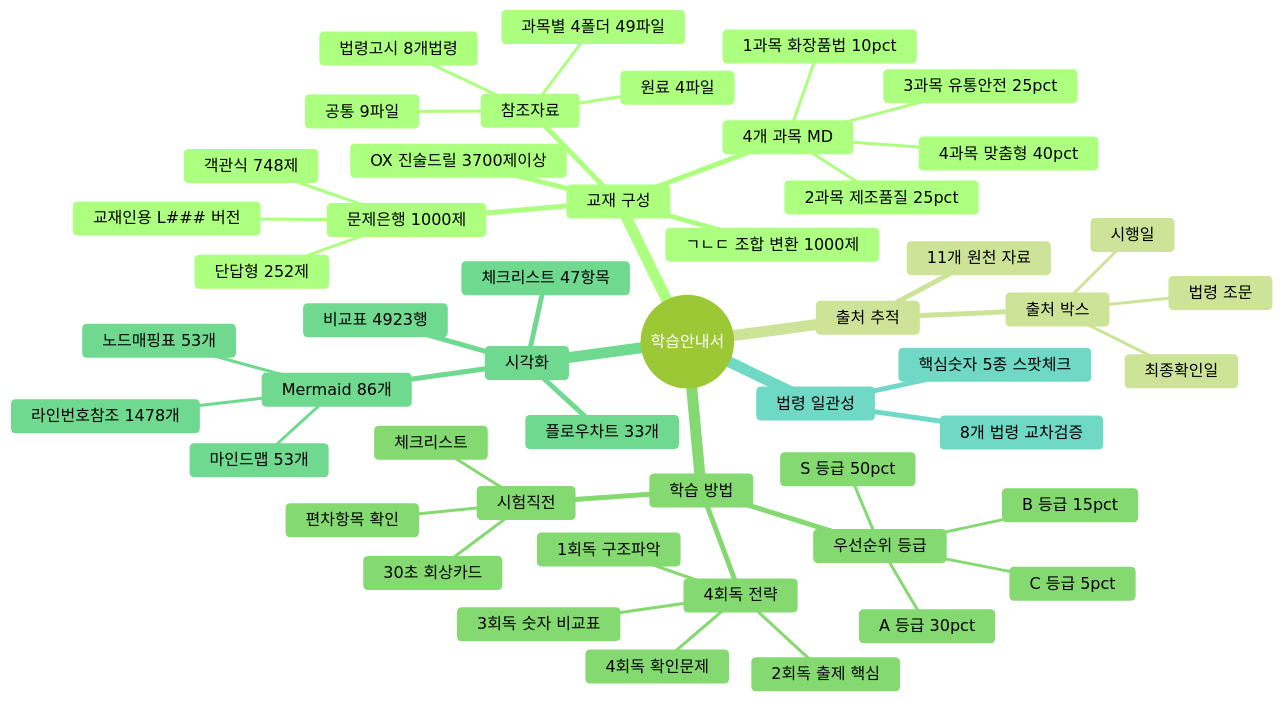
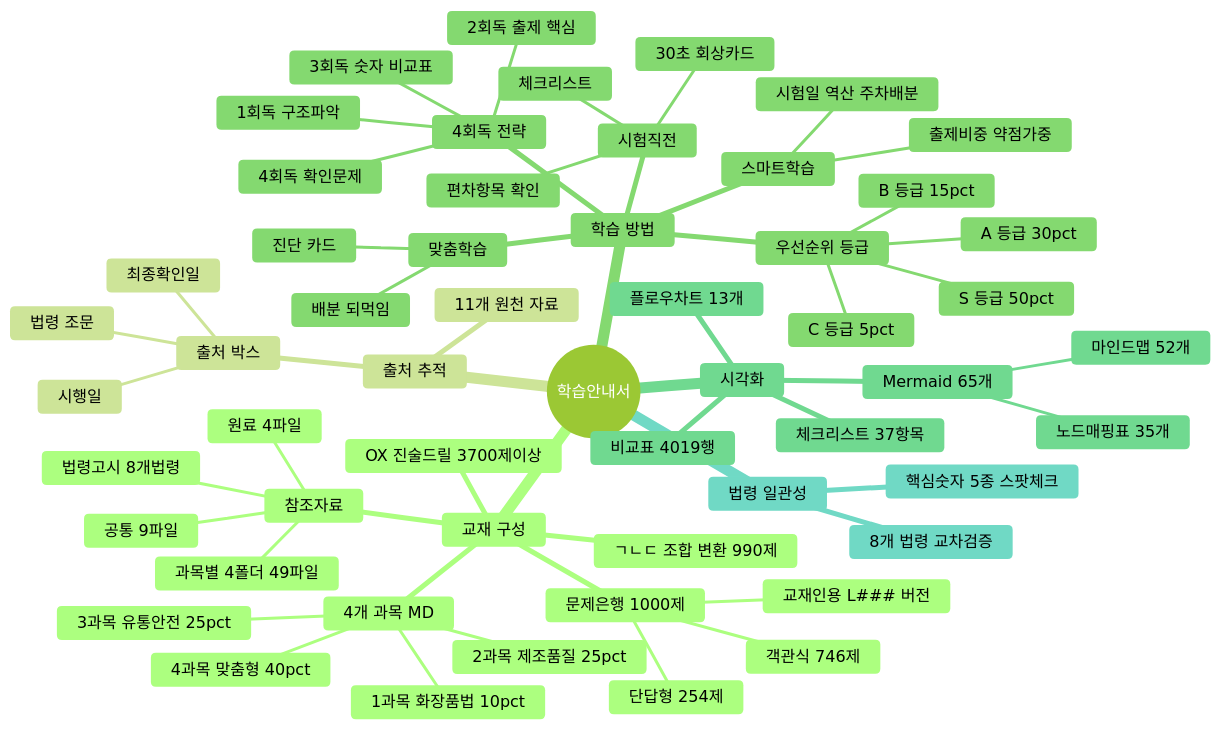
The first of 2 diagrams in content/exams/cosmetic/docs/학습안내서.md (skygoldlee-cyber/passory), drawn with Mermaid (forest theme) before and after one commit. The commit also changed other lines of this file and 1 other file, not shown here.

First line of the commit message:
docs(guide): 학습안내서 마인드맵·통계 수치를 실측값으로 정정 + 스마트·맞춤학습 노드

````diff
--- a/content/exams/cosmetic/docs/학습안내서.md
+++ b/content/exams/cosmetic/docs/학습안내서.md
@@ -30,53 +30,58 @@
 ```mermaid
 mindmap
   root((학습안내서))
     교재 구성
       4개 과목 MD
         1과목 화장품법 10pct
         2과목 제조품질 25pct
         3과목 유통안전 25pct
         4과목 맞춤형 40pct
       문제은행 1000제
-        객관식 748제
-        단답형 252제
+        객관식 746제
+        단답형 254제
         교재인용 L### 버전
-      ㄱㄴㄷ 조합 변환 1000제
+      ㄱㄴㄷ 조합 변환 990제
       OX 진술드릴 3700제이상
       참조자료
         과목별 4폴더 49파일
         공통 9파일
         원료 4파일
         법령고시 8개법령
     출처 추적
       출처 박스
         법령 조문
         시행일
         최종확인일
       11개 원천 자료
     학습 방법
       우선순위 등급
         S 등급 50pct
         A 등급 30pct
         B 등급 15pct
         C 등급 5pct
       4회독 전략
         1회독 구조파악
         2회독 출제 핵심
         3회독 숫자 비교표
         4회독 확인문제
+      스마트학습
+        시험일 역산 주차배분
+        출제비중 약점가중
+      맞춤학습
+        진단 카드
+        배분 되먹임
       시험직전
         30초 회상카드
         체크리스트
         편차항목 확인
     시각화
-      Mermaid 86개
-        마인드맵 53개
-        노드매핑표 53개
-        라인번호참조 1478개
-      플로우차트 33개
-      비교표 4923행
-      체크리스트 47항목
+      Mermaid 65개
+        마인드맵 52개
+        노드매핑표 35개
+      플로우차트 13개
+      비교표 4019행
+      체크리스트 37항목
     법령 일관성
       8개 법령 교차검증
       핵심숫자 5종 스팟체크
 ```
````
